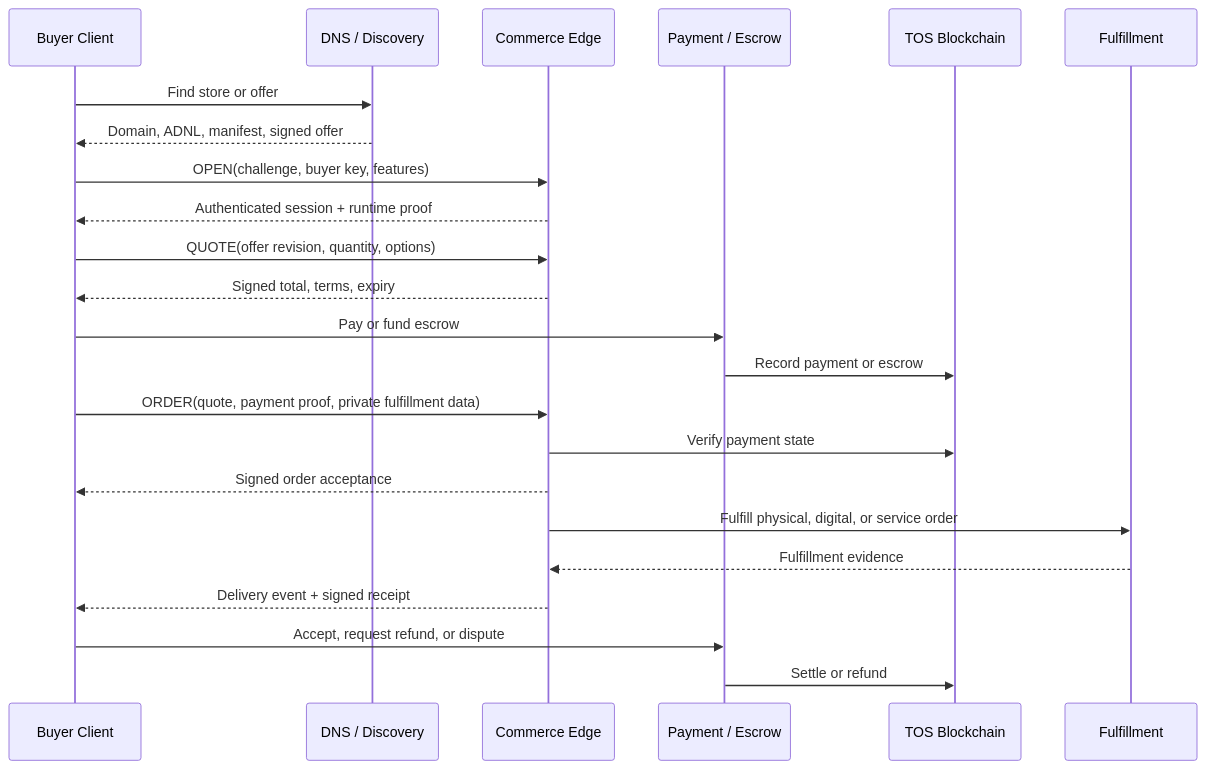
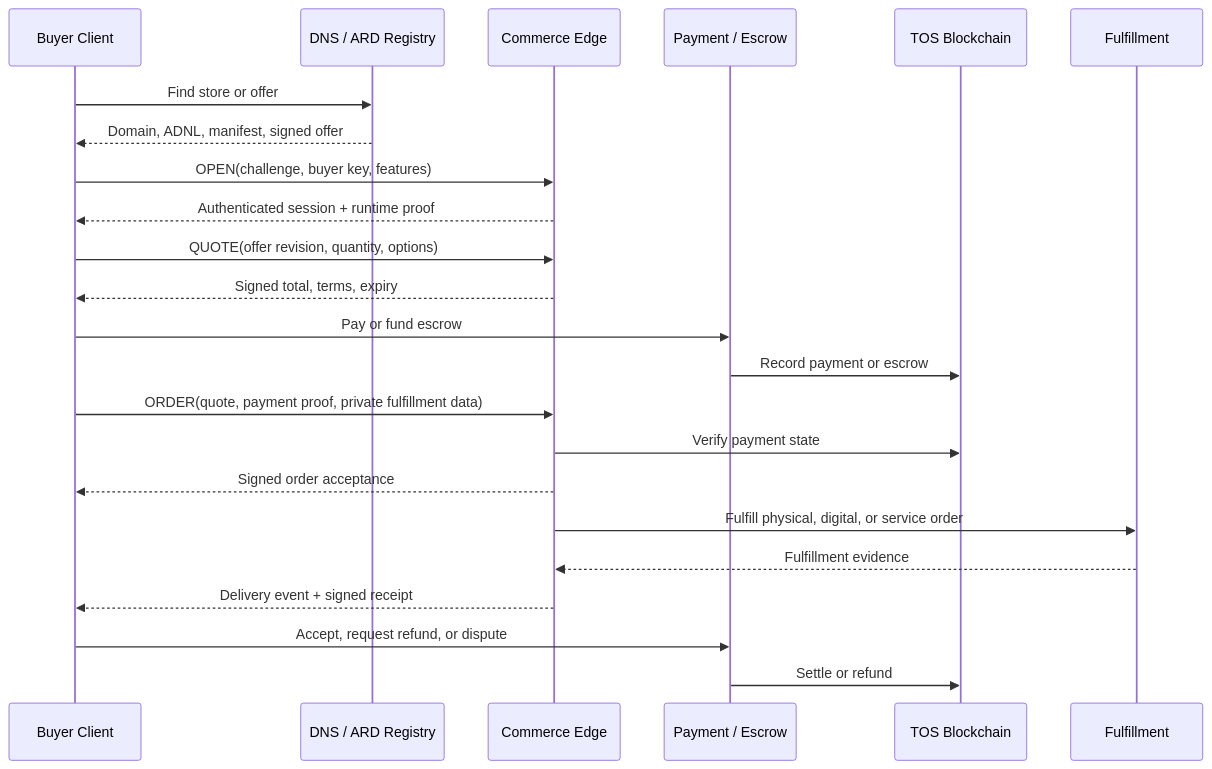
The second of 4 diagrams in doc/owner-operated-tos-storefront-use-case.md (tosnetwork/tos), drawn with Mermaid before and after one commit. The commit also changed other lines of this file and 21 other files, not shown here.

````diff
--- a/doc/owner-operated-tos-storefront-use-case.md
+++ b/doc/owner-operated-tos-storefront-use-case.md
@@ -553,26 +579,26 @@
 ```mermaid
 sequenceDiagram
     participant B as Buyer Client
-    participant D as DNS / Discovery
+    participant D as DNS / ARD Registry
     participant E as Commerce Edge
     participant P as Payment / Escrow
     participant C as TOS Blockchain
     participant F as Fulfillment
 
     B->>D: Find store or offer
     D-->>B: Domain, ADNL, manifest, signed offer
     B->>E: OPEN(challenge, buyer key, features)
     E-->>B: Authenticated session + runtime proof
     B->>E: QUOTE(offer revision, quantity, options)
     E-->>B: Signed total, terms, expiry
     B->>P: Pay or fund escrow
     P->>C: Record payment or escrow
     B->>E: ORDER(quote, payment proof, private fulfillment data)
     E->>C: Verify payment state
     E-->>B: Signed order acceptance
     E->>F: Fulfill physical, digital, or service order
     F-->>E: Fulfillment evidence
     E-->>B: Delivery event + signed receipt
     B->>P: Accept, request refund, or dispute
     P->>C: Settle or refund
 ```
````
